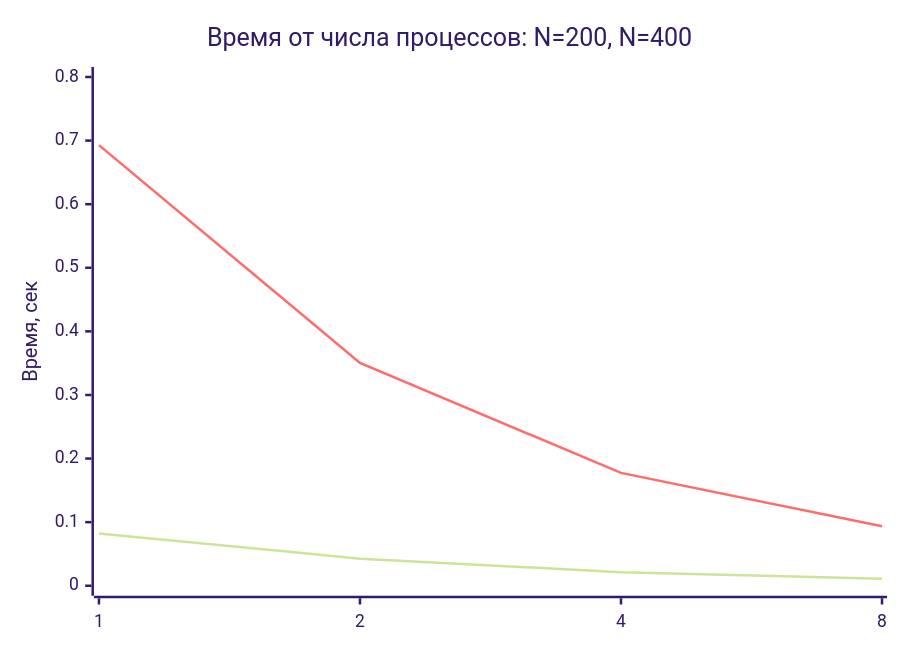
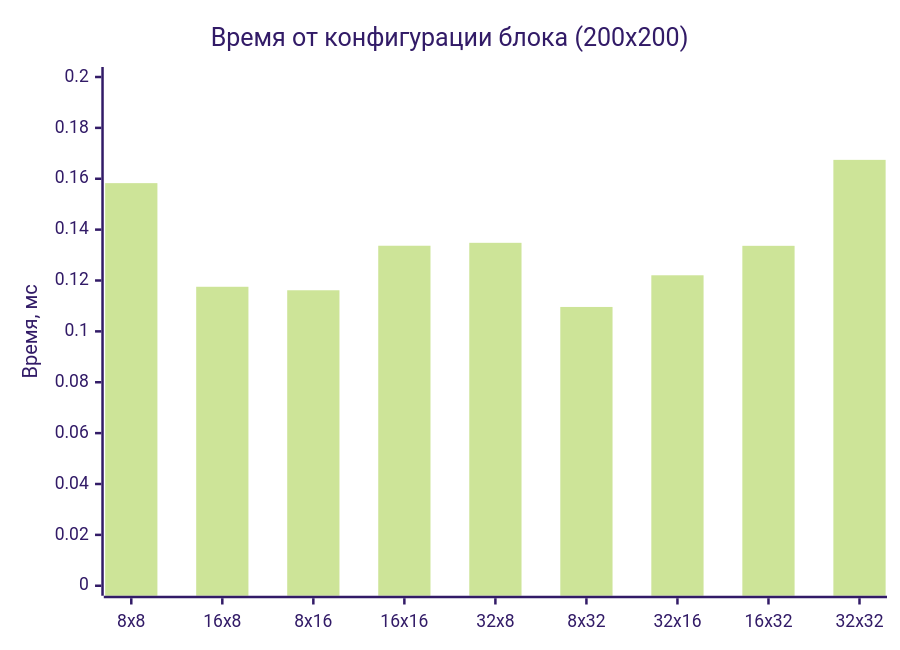
One commit to sanek4338/Parallelnoe_Programming changed the first of 7 diagrams in README.md. Above: the diagram before and after it, drawn with Mermaid (forest theme). The commit also changed other lines of this file and 3 other files, not shown here.

````diff
--- a/README.md
+++ b/README.md
@@ -77,8 +147,7 @@
 ```mermaid
 xychart-beta
-    title "Время от числа процессов: N=200, N=400"
-    x-axis [1, 2, 4, 8]
-    y-axis "Время, сек" 0 --> 0.8
-    line "N=200" [0.0822348, 0.0425924, 0.0213436, 0.0109520]
-    line "N=400" [0.6928440, 0.3503730, 0.1774860, 0.0936665]
-```
+ title "Время от конфигурации блока (200x200)"
+ x-axis ["8x8", "16x8", "8x16", "16x16", "32x8", "8x32", "32x16", "16x32", "32x32"]
+ y-axis "Время, мс" 0 --> 0.2
+ bar [0.158272, 0.117536, 0.116160, 0.133664, 0.134816, 0.109600, 0.122048, 0.133632, 0.167424]
+ ```
````
